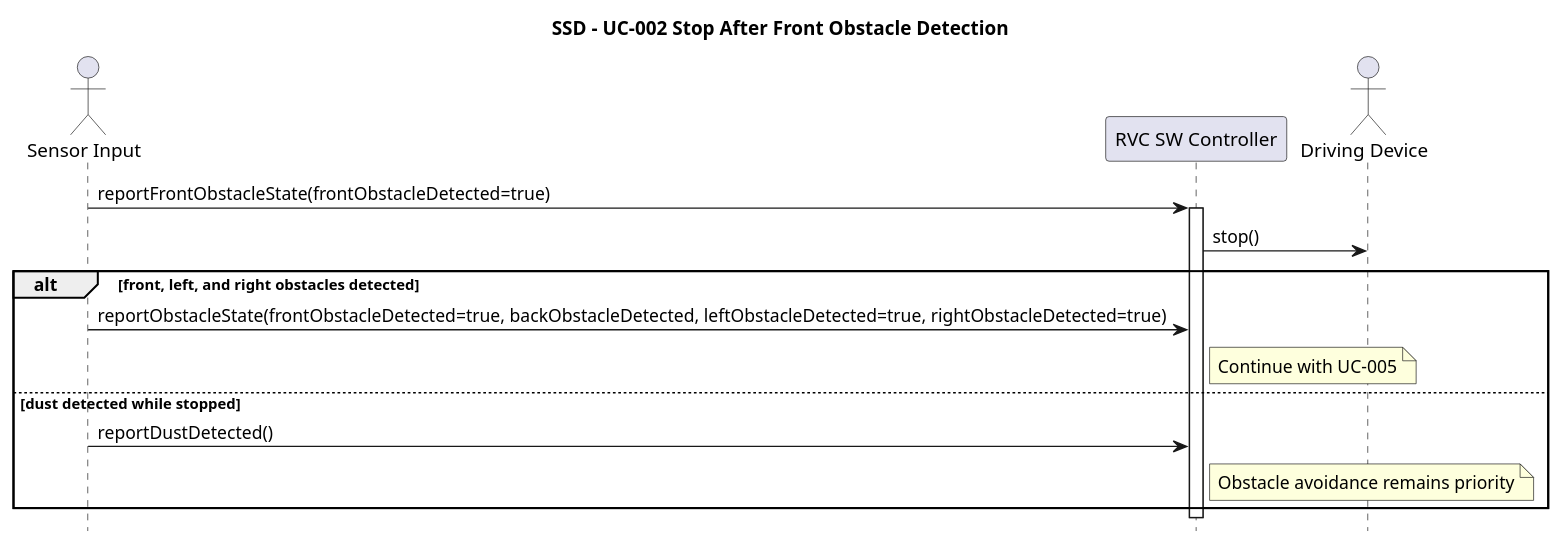
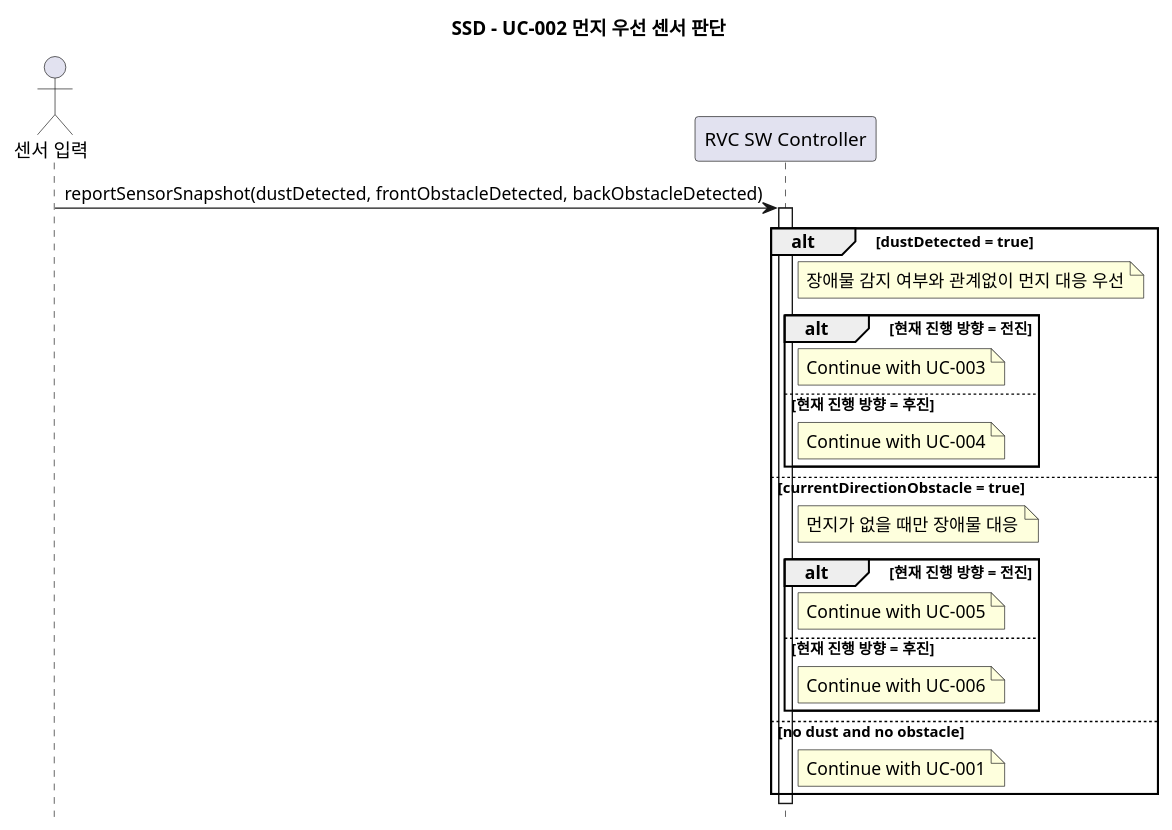
The diagram in docs/ssd/UC-002.puml (OOAD-Team3/Robot-Vacuum-Cleaner-AI), drawn with PlantUML before and after one commit. The commit also changed 24 other files, not shown here.

```diff
--- a/docs/ssd/UC-002.puml
+++ b/docs/ssd/UC-002.puml
@@ -1,21 +1,30 @@
-@startuml SSD_UC002_Stop_On_Front_Obstacle
+@startuml SSD_UC002_Dust_First_Decision
 hide footbox
-title SSD - UC-002 Stop After Front Obstacle Detection
+title SSD - UC-002 먼지 우선 센서 판단
 
-actor "Sensor Input" as Sensor
+actor "센서 입력" as Sensor
 participant "RVC SW Controller" as System
-actor "Driving Device" as Drive
 
-Sensor -> System: reportFrontObstacleState(frontObstacleDetected=true)
+Sensor -> System: reportSensorSnapshot(dustDetected, frontObstacleDetected, backObstacleDetected)
 activate System
-System -> Drive: stop()
 
-alt front, left, and right obstacles detected
-    Sensor -> System: reportObstacleState(frontObstacleDetected=true, backObstacleDetected, leftObstacleDetected=true, rightObstacleDetected=true)
-    note right of System: Continue with UC-005
-else dust detected while stopped
-    Sensor -> System: reportDustDetected()
-    note right of System: Obstacle avoidance remains priority
+alt dustDetected = true
+    note right of System: 장애물 감지 여부와 관계없이 먼지 대응 우선
+    alt 현재 진행 방향 = 전진
+        note right of System: Continue with UC-003
+    else 현재 진행 방향 = 후진
+        note right of System: Continue with UC-004
+    end
+else currentDirectionObstacle = true
+    note right of System: 먼지가 없을 때만 장애물 대응
+    alt 현재 진행 방향 = 전진
+        note right of System: Continue with UC-005
+    else 현재 진행 방향 = 후진
+        note right of System: Continue with UC-006
+    end
+else no dust and no obstacle
+    note right of System: Continue with UC-001
 end
+
 deactivate System
 @enduml
```
